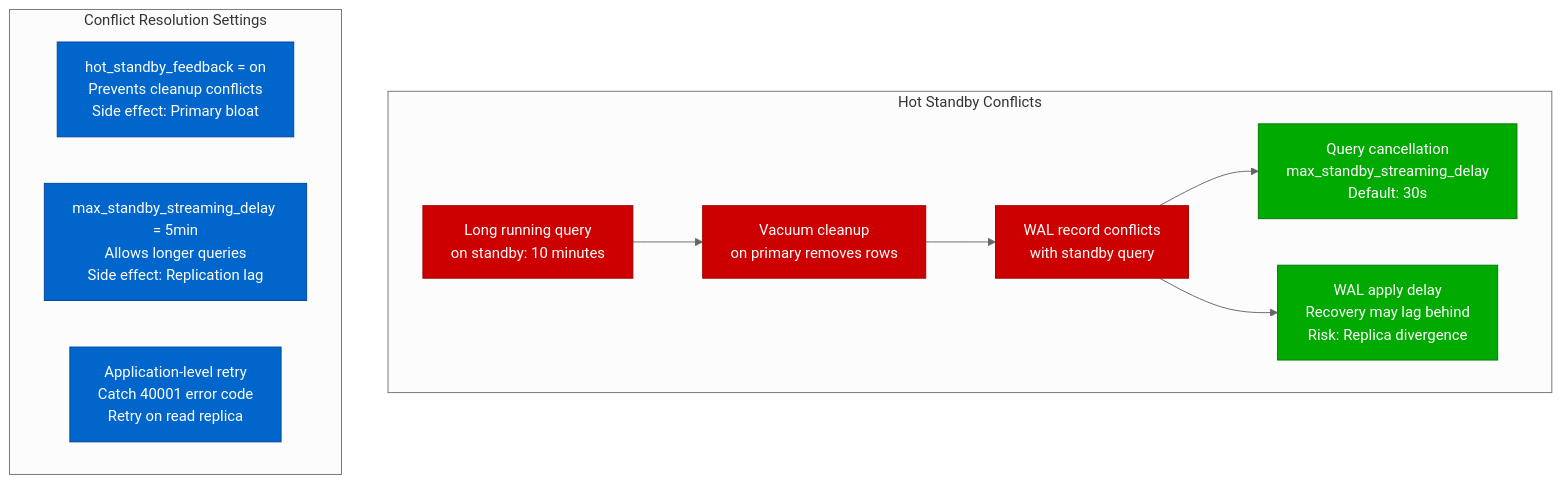
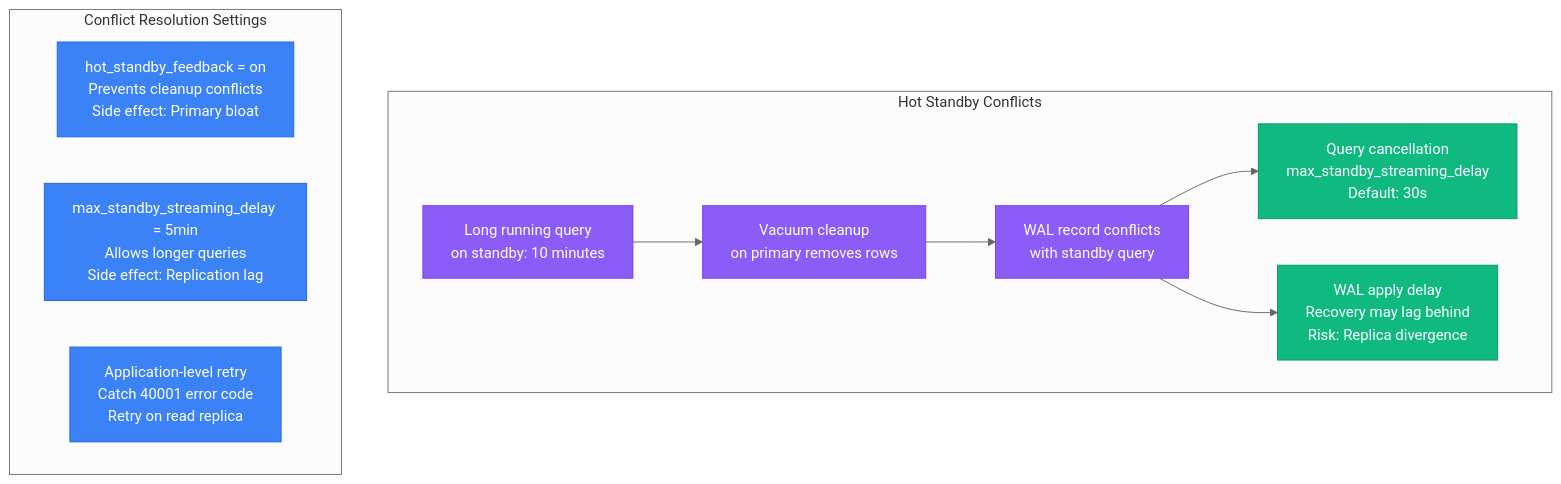
One commit to deepaucksharma/DS changed the sixth of 10 diagrams in site/docs/performance/postgresql-performance-profile.md. Above: the diagram before and after it, drawn with Mermaid (neutral theme). The commit also changed other lines of this file and 303 other files, not shown here.

````diff
--- a/site/docs/performance/postgresql-performance-profile.md
+++ b/site/docs/performance/postgresql-performance-profile.md
@@ -191,30 +191,30 @@
 ```mermaid
 graph TB
     subgraph "Hot Standby Conflicts"
         C1[Long running query<br/>on standby: 10 minutes]
         C2[Vacuum cleanup<br/>on primary removes rows]
         C3[WAL record conflicts<br/>with standby query]
 
         C1 --> C2
         C2 --> C3
 
         C3 --> R1[Query cancellation<br/>max_standby_streaming_delay<br/>Default: 30s]
         C3 --> R2[WAL apply delay<br/>Recovery may lag behind<br/>Risk: Replica divergence]
     end
 
     subgraph "Conflict Resolution Settings"
         S1[hot_standby_feedback = on<br/>Prevents cleanup conflicts<br/>Side effect: Primary bloat]
 
         S2[max_standby_streaming_delay = 5min<br/>Allows longer queries<br/>Side effect: Replication lag]
 
         S3[Application-level retry<br/>Catch 40001 error code<br/>Retry on read replica]
     end
 
-    classDef conflictStyle fill:#CC0000,stroke:#990000,color:#fff
-    classDef resolutionStyle fill:#00AA00,stroke:#007700,color:#fff
-    classDef settingStyle fill:#0066CC,stroke:#004499,color:#fff
+    classDef conflictStyle fill:#8B5CF6,stroke:#7C3AED,color:#fff
+    classDef resolutionStyle fill:#10B981,stroke:#059669,color:#fff
+    classDef settingStyle fill:#3B82F6,stroke:#2563EB,color:#fff
 
     class C1,C2,C3 conflictStyle
     class R1,R2 resolutionStyle
     class S1,S2,S3 settingStyle
 ```
````
